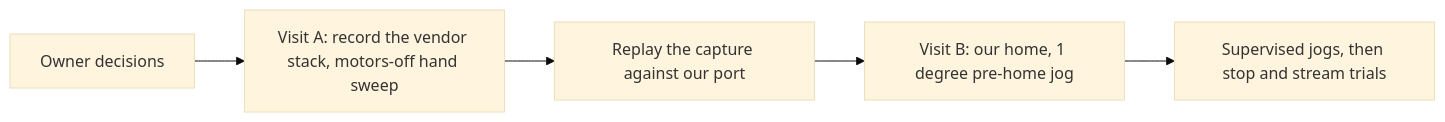
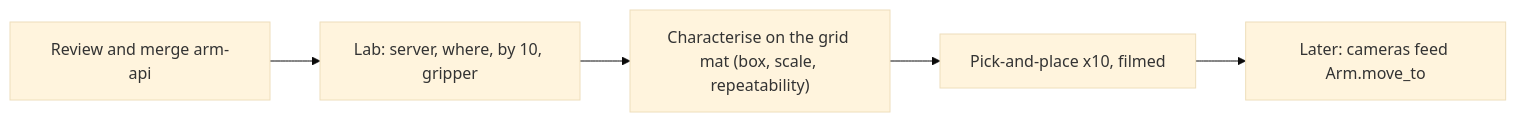
Before and after one commit to Sebastianr8243/scorbot-er4u-python: the diagram in docs/STATUS.md, drawn with Mermaid (base theme). The commit also changed other lines of this file and 2 other files, not shown here.

First line of the commit message:
Show both stacks in the docs: the vendor DLL path moves the arm, our own protocol has not

````diff
--- a/docs/STATUS.md
+++ b/docs/STATUS.md
@@ -48,7 +47,7 @@
 ```mermaid
 flowchart LR
-    D["Owner decisions"] --> A
-    A["Visit A: record the vendor stack, motors-off hand sweep"] --> R["Replay the capture against our port"]
-    R --> B["Visit B: our home, 1 degree pre-home jog"]
-    B --> J["Supervised jogs, then stop and stream trials"]
+    M["Review and merge arm-api"] --> L["Lab: server, where, by 10, gripper"]
+    L --> C["Characterise on the grid mat (box, scale, repeatability)"]
+    C --> P["Pick-and-place x10, filmed"]
+    P --> V["Later: cameras feed Arm.move_to"]
 ```
````
